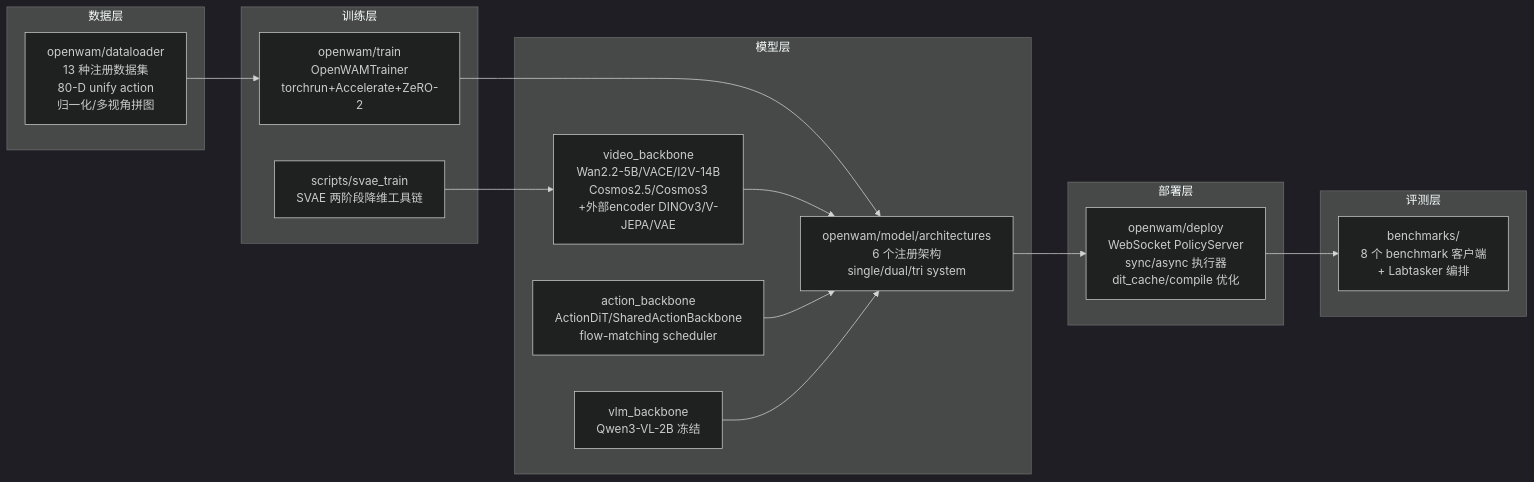
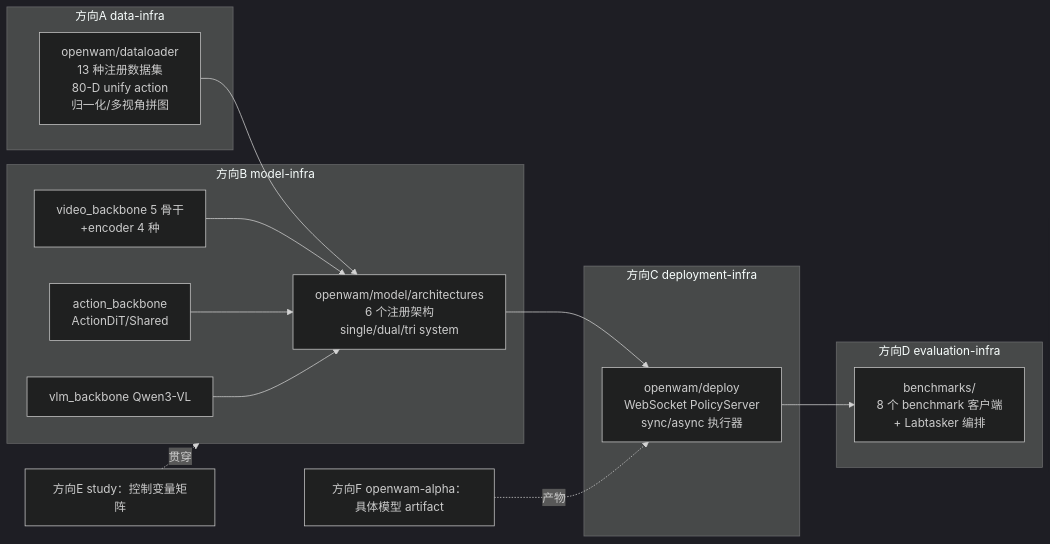
The first of 2 diagrams in OpenWAM调研方向分配与任务书.md (sasasatori/kaiyuan), drawn with Mermaid (dark theme) before and after one commit. The commit also changed other lines of this file and 16 other files, not shown here.

````diff
--- a/OpenWAM调研方向分配与任务书.md
+++ b/OpenWAM调研方向分配与任务书.md
@@ -24,28 +24,25 @@
 ```mermaid
 flowchart LR
-    subgraph 数据层
+    subgraph A[方向A data-infra]
         D[openwam/dataloader<br/>13 种注册数据集<br/>80-D unify action<br/>归一化/多视角拼图]
     end
-    subgraph 模型层
-        A[openwam/model/architectures<br/>6 个注册架构<br/>single/dual/tri system]
-        VB[video_backbone<br/>Wan2.2-5B/VACE/I2V-14B<br/>Cosmos2.5/Cosmos3<br/>+外部encoder DINOv3/V-JEPA/VAE]
-        AB[action_backbone<br/>ActionDiT/SharedActionBackbone<br/>flow-matching scheduler]
-        VLM[vlm_backbone<br/>Qwen3-VL-2B 冻结]
+    subgraph B[方向B model-infra]
+        A2[openwam/model/architectures<br/>6 个注册架构<br/>single/dual/tri system]
+        VB[video_backbone 5 骨干<br/>+encoder 4 种]
+        AB[action_backbone<br/>ActionDiT/Shared]
+        VLM[vlm_backbone Qwen3-VL]
     end
-    subgraph 训练层
-        T[openwam/train<br/>OpenWAMTrainer<br/>torchrun+Accelerate+ZeRO-2]
-        S[scripts/svae_train<br/>SVAE 两阶段降维工具链]
+    subgraph C[方向C deployment-infra]
+        P[openwam/deploy<br/>WebSocket PolicyServer<br/>sync/async 执行器]
     end
-    subgraph 部署层
-        P[openwam/deploy<br/>WebSocket PolicyServer<br/>sync/async 执行器<br/>dit_cache/compile 优化]
+    subgraph D2[方向D evaluation-infra]
+        B2[benchmarks/<br/>8 个 benchmark 客户端<br/>+ Labtasker 编排]
     end
-    subgraph 评测层
-        B[benchmarks/<br/>8 个 benchmark 客户端<br/>+ Labtasker 编排]
-    end
-    D --> T --> A
-    VB --> A
-    AB --> A
-    VLM --> A
-    S --> VB
-    A --> P --> B
+    D --> A2
+    VB --> A2
+    AB --> A2
+    VLM --> A2
+    A2 --> P --> B2
+    E[方向E study：控制变量矩阵] -.贯穿.-> B
+    F[方向F openwam-alpha：具体模型 artifact] -.产物.-> P
 ```
````
